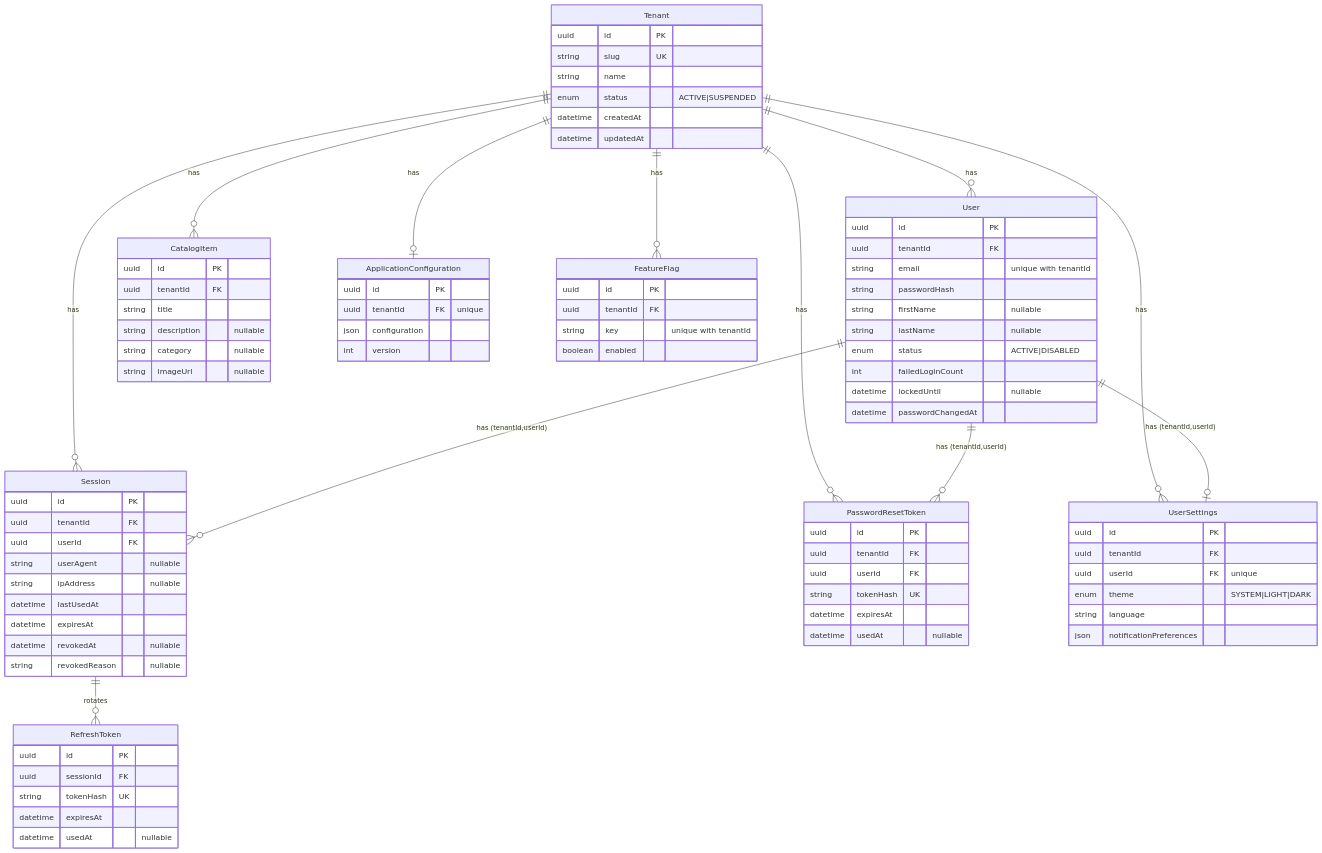
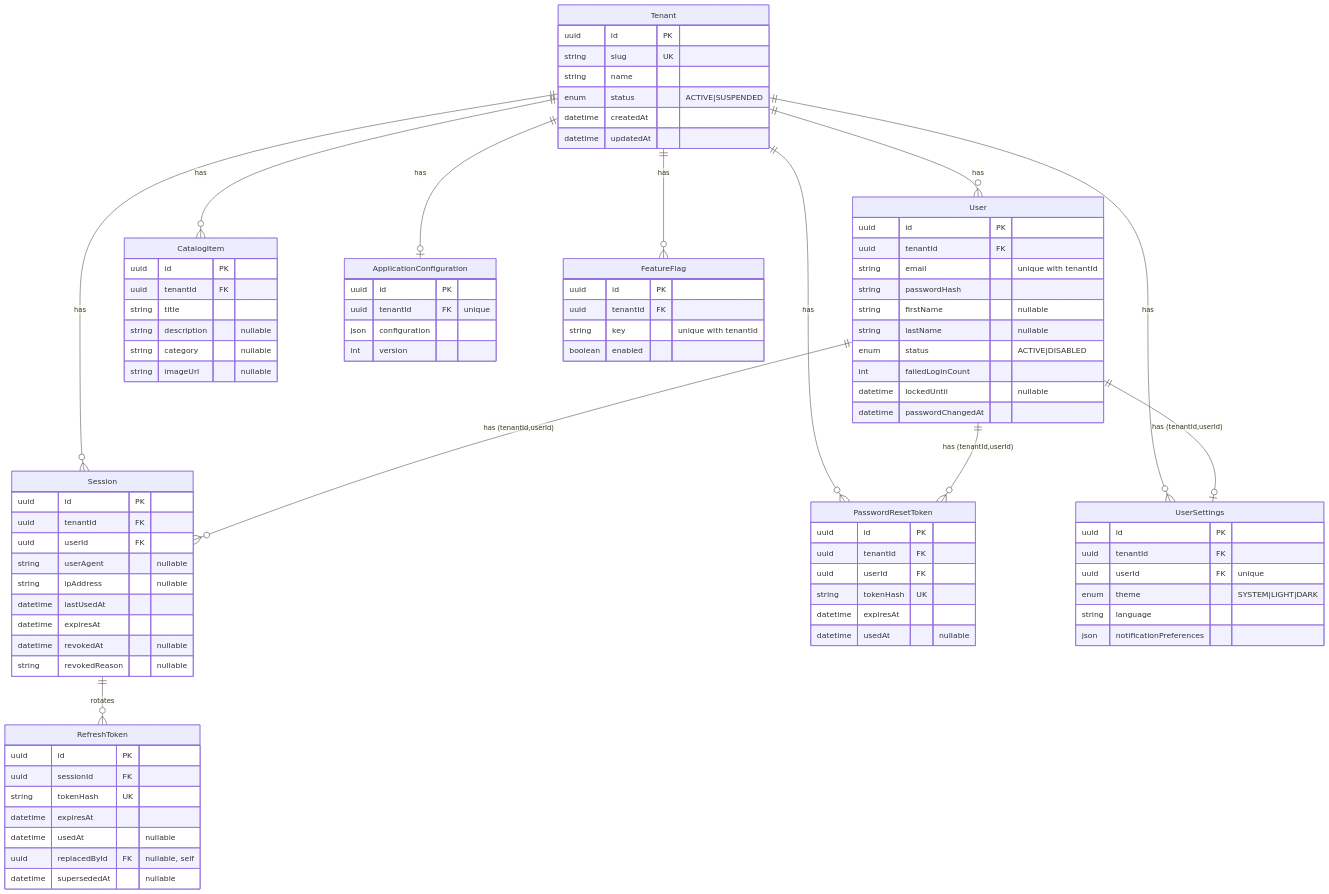
Before and after one commit to zakaria-hajja/white-label-server: the second of 4 diagrams in docs/architecture.md, drawn with Mermaid. The commit also changed other lines of this file, not shown here.

```diff
--- a/docs/architecture.md
+++ b/docs/architecture.md
@@ -135,6 +135,8 @@
         string tokenHash UK
         datetime expiresAt
         datetime usedAt "nullable"
+        uuid replacedById FK "nullable, self"
+        datetime supersededAt "nullable"
     }
     PasswordResetToken {
         uuid id PK
```
